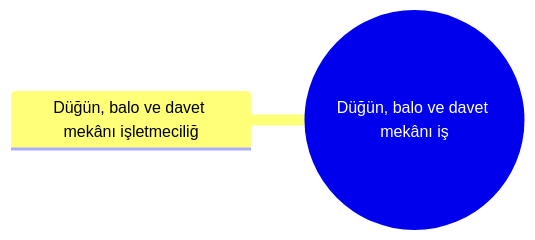
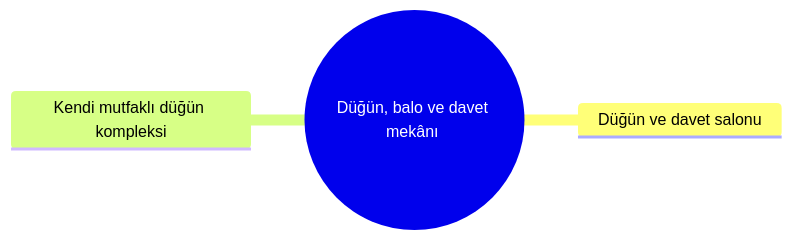
One commit to sametkarabulut-dev/xfuturepos-v2 changed the diagram in 02 İşletmeler/16 Etkinlik & Organizasyon/Düğün, balo ve davet mekânı işletmeciliği/Dal – Düğün, balo ve davet mekânı işletmeciliği.md. Above: the diagram before and after it, drawn with Mermaid. The commit also changed other lines of this file and 241 other files, not shown here.

````diff
--- a/02 İşletmeler/16 Etkinlik & Organizasyon/Düğün, balo ve davet mekânı işletmeciliği/Dal – Düğün, balo ve davet mekânı işletmeciliği.md
+++ b/02 İşletmeler/16 Etkinlik & Organizasyon/Düğün, balo ve davet mekânı işletmeciliği/Dal – Düğün, balo ve davet mekânı işletmeciliği.md
@@ -22,5 +23,6 @@
 ```mermaid
 mindmap
-  root((Düğün, balo ve davet mekânı iş))
-    Düğün, balo ve davet mekânı işletmeciliğ
+  root((Düğün, balo ve davet mekânı ))
+    Düğün ve davet salonu
+    Kendi mutfaklı düğün kompleksi
 ```
````
